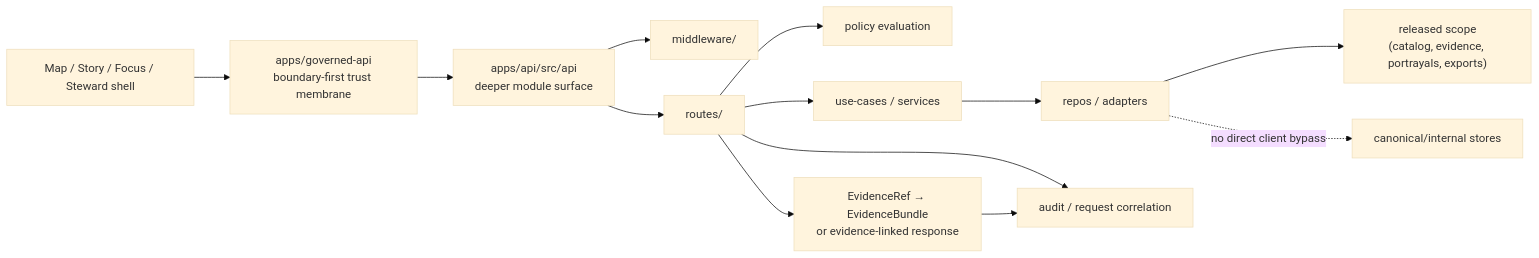
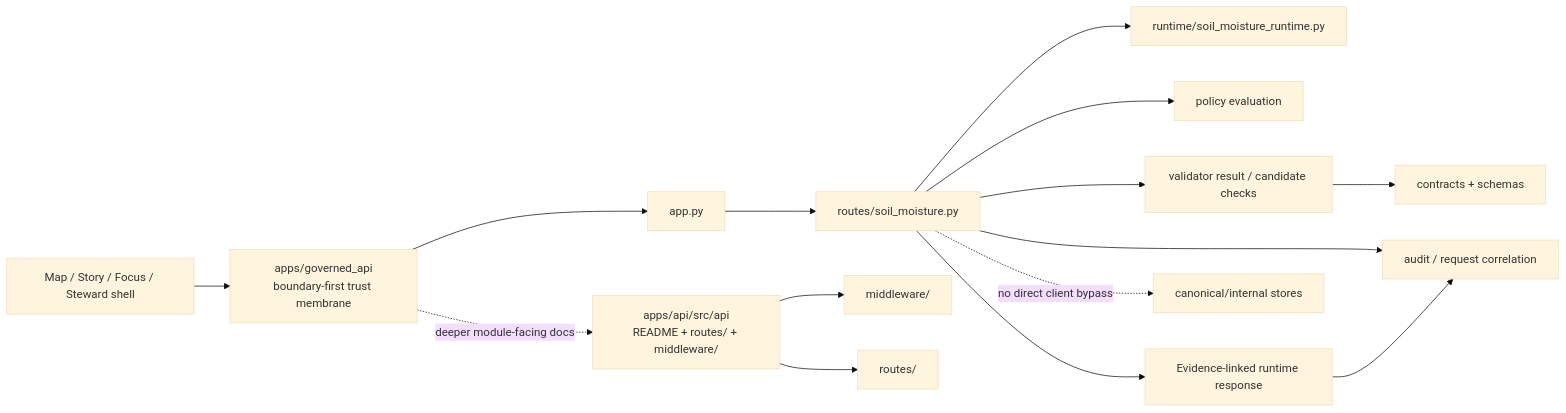
Before and after one commit to bartytime4life/Kansas-Frontier-Matrix: the diagram in apps/api/src/api/README.md, drawn with Mermaid (base theme). The commit also changed other lines of this file, not shown here.

First line of the commit message:
Revise README.md for API module clarity and updates

````diff
--- a/apps/api/src/api/README.md
+++ b/apps/api/src/api/README.md
@@ -251,15 +362,20 @@
 ```mermaid
 flowchart LR
-    Client["Map / Story / Focus / Steward shell"] --> Boundary["apps/governed-api<br/>boundary-first trust membrane"]
-    Boundary --> API["apps/api/src/api<br/>deeper module surface"]
+    Client["Map / Story / Focus / Steward shell"] --> Boundary["apps/governed_api<br/>boundary-first trust membrane"]
+    Boundary --> App["app.py"]
+    App --> RuntimeRoute["routes/soil_moisture.py"]
+    RuntimeRoute --> Runtime["runtime/soil_moisture_runtime.py"]
+
+    Boundary -. deeper module-facing docs .-> API["apps/api/src/api<br/>README + routes/ + middleware/"]
     API --> MW["middleware/"]
-    API --> RT["routes/"]
-    RT --> Policy["policy evaluation"]
-    RT --> UseCases["use-cases / services"]
-    RT --> Evidence["EvidenceRef → EvidenceBundle<br/>or evidence-linked response"]
-    UseCases --> Repos["repos / adapters"]
-    Repos --> Released["released scope<br/>(catalog, evidence, portrayals, exports)"]
-    Repos -. no direct client bypass .-> Canon["canonical/internal stores"]
-    RT --> Audit["audit / request correlation"]
+    API --> RTDocs["routes/"]
+
+    RuntimeRoute --> Policy["policy evaluation"]
+    RuntimeRoute --> Validator["validator result / candidate checks"]
+    RuntimeRoute --> Evidence["Evidence-linked runtime response"]
+    RuntimeRoute --> Audit["audit / request correlation"]
+
+    Validator --> Contracts["contracts + schemas"]
     Evidence --> Audit
+    RuntimeRoute -. no direct client bypass .-> Canon["canonical/internal stores"]
 ```
````
